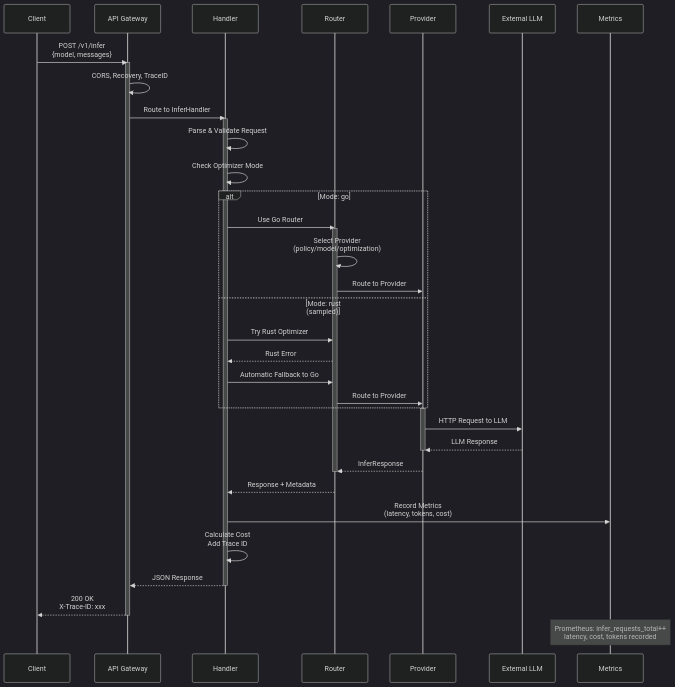
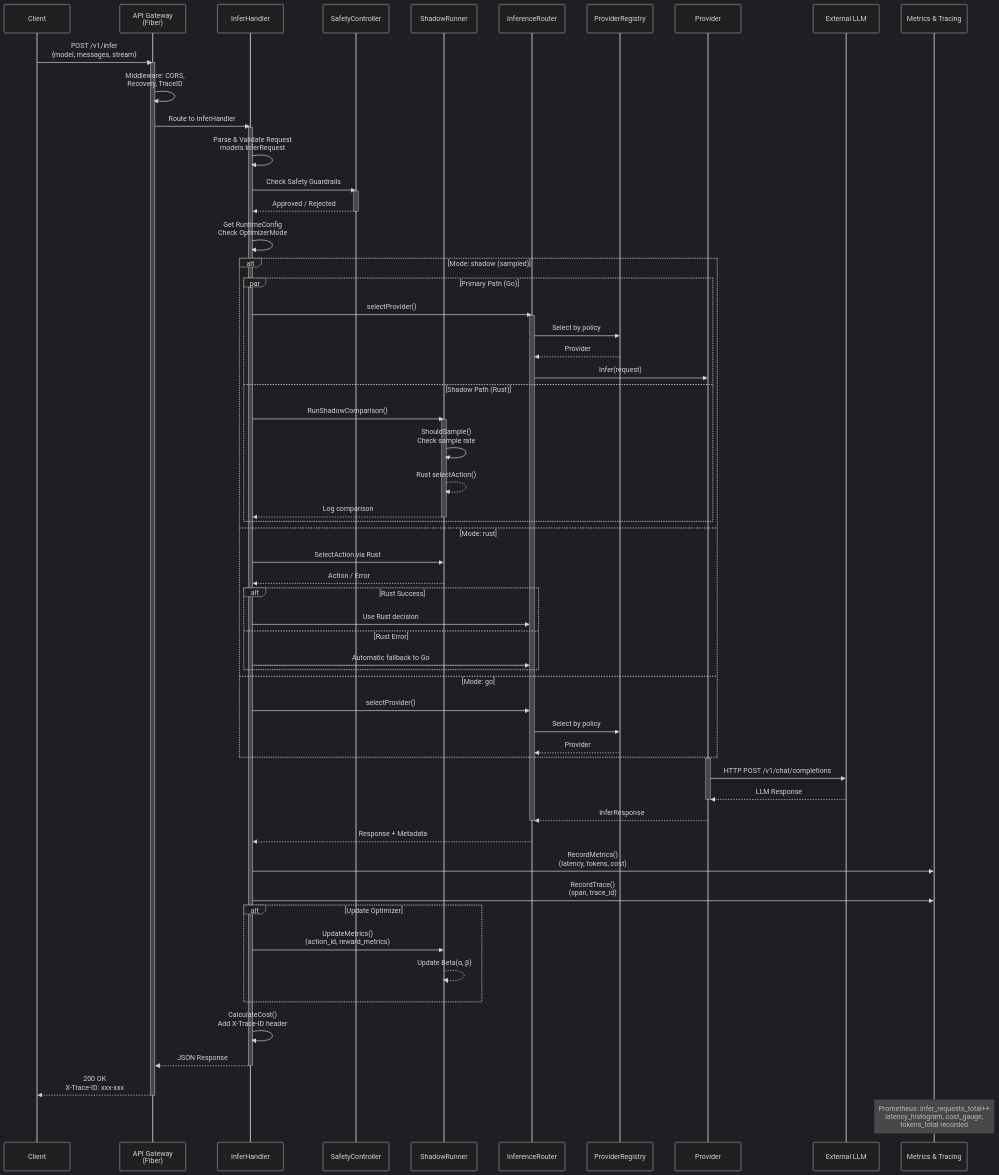
One commit to rapture-fx/igris changed the diagram in docs/diagrams/02-request-flow.mmd. Above: the diagram before and after it, drawn with Mermaid (dark theme). The commit also changed 12 other files, not shown here.

```diff
--- a/docs/diagrams/02-request-flow.mmd
+++ b/docs/diagrams/02-request-flow.mmd
@@ -1,54 +1,87 @@
 %% Request Flow: Standard Inference
 %% Shows the complete path from client to response
+%% Updated: 2025-10-20 - Synchronized with handlers/infer.go
 
 sequenceDiagram
     participant C as Client
-    participant G as API Gateway
-    participant H as Handler
-    participant R as Router
+    participant G as API Gateway<br/>(Fiber)
+    participant H as InferHandler
+    participant S as SafetyController
+    participant SR as ShadowRunner
+    participant R as InferenceRouter
+    participant PR as ProviderRegistry
     participant P as Provider
     participant E as External LLM
-    participant M as Metrics
+    participant M as Metrics & Tracing
 
-    C->>G: POST /v1/infer<br/>{model, messages}
+    C->>G: POST /v1/infer<br/>{model, messages, stream}
 
     activate G
-    G->>G: CORS, Recovery, TraceID
+    G->>G: Middleware: CORS,<br/>Recovery, TraceID
     G->>H: Route to InferHandler
     activate H
 
-    H->>H: Parse & Validate Request
-    H->>H: Check Optimizer Mode
+    H->>H: Parse & Validate Request<br/>models.InferRequest
 
-    alt Mode: go
-        H->>R: Use Go Router
-        activate R
-        R->>R: Select Provider<br/>(policy/model/optimization)
-        R->>P: Route to Provider
-    else Mode: rust (sampled)
-        H->>R: Try Rust Optimizer
-        R-->>H: Rust Error
-        H->>R: Automatic Fallback to Go
-        R->>P: Route to Provider
+    H->>S: Check Safety Guardrails
+    activate S
+    S-->>H: Approved / Rejected
+    deactivate S
+
+    H->>H: Get RuntimeConfig<br/>Check OptimizerMode
+
+    alt Mode: shadow (sampled)
+        par Primary Path (Go)
+            H->>R: selectProvider()
+            activate R
+            R->>PR: Select by policy
+            PR-->>R: Provider
+            R->>P: Infer(request)
+        and Shadow Path (Rust)
+            H->>SR: RunShadowComparison()
+            activate SR
+            SR->>SR: ShouldSample()<br/>Check sample rate
+            SR-->>SR: Rust selectAction()
+            SR-->>H: Log comparison
+            deactivate SR
+        end
+    else Mode: rust
+        H->>SR: SelectAction via Rust
+        SR-->>H: Action / Error
+        alt Rust Success
+            H->>R: Use Rust decision
+        else Rust Error
+            H->>R: Automatic fallback to Go
+        end
+    else Mode: go
+        H->>R: selectProvider()
+        R->>PR: Select by policy
+        PR-->>R: Provider
     end
 
     activate P
-    P->>E: HTTP Request to LLM
+    P->>E: HTTP POST /v1/chat/completions
     E-->>P: LLM Response
     deactivate P
 
     P-->>R: InferResponse
     deactivate R
 
     R-->>H: Response + Metadata
 
-    H->>M: Record Metrics<br/>(latency, tokens, cost)
+    H->>M: RecordMetrics()<br/>(latency, tokens, cost)
+    H->>M: RecordTrace()<br/>(span, trace_id)
 
-    H->>H: Calculate Cost<br/>Add Trace ID
+    alt Update Optimizer
+        H->>SR: UpdateMetrics()<br/>(action_id, reward_metrics)
+        SR-->>SR: Update Beta(α, β)
+    end
+
+    H->>H: CalculateCost()<br/>Add X-Trace-ID header
     H-->>G: JSON Response
     deactivate H
 
-    G-->>C: 200 OK<br/>X-Trace-ID: xxx
+    G-->>C: 200 OK<br/>X-Trace-ID: xxx-xxx
     deactivate G
 
-    Note over M: Prometheus: infer_requests_total++<br/>latency, cost, tokens recorded
+    Note over M: Prometheus: infer_requests_total++<br/>latency_histogram, cost_gauge,<br/>tokens_total recorded
```
